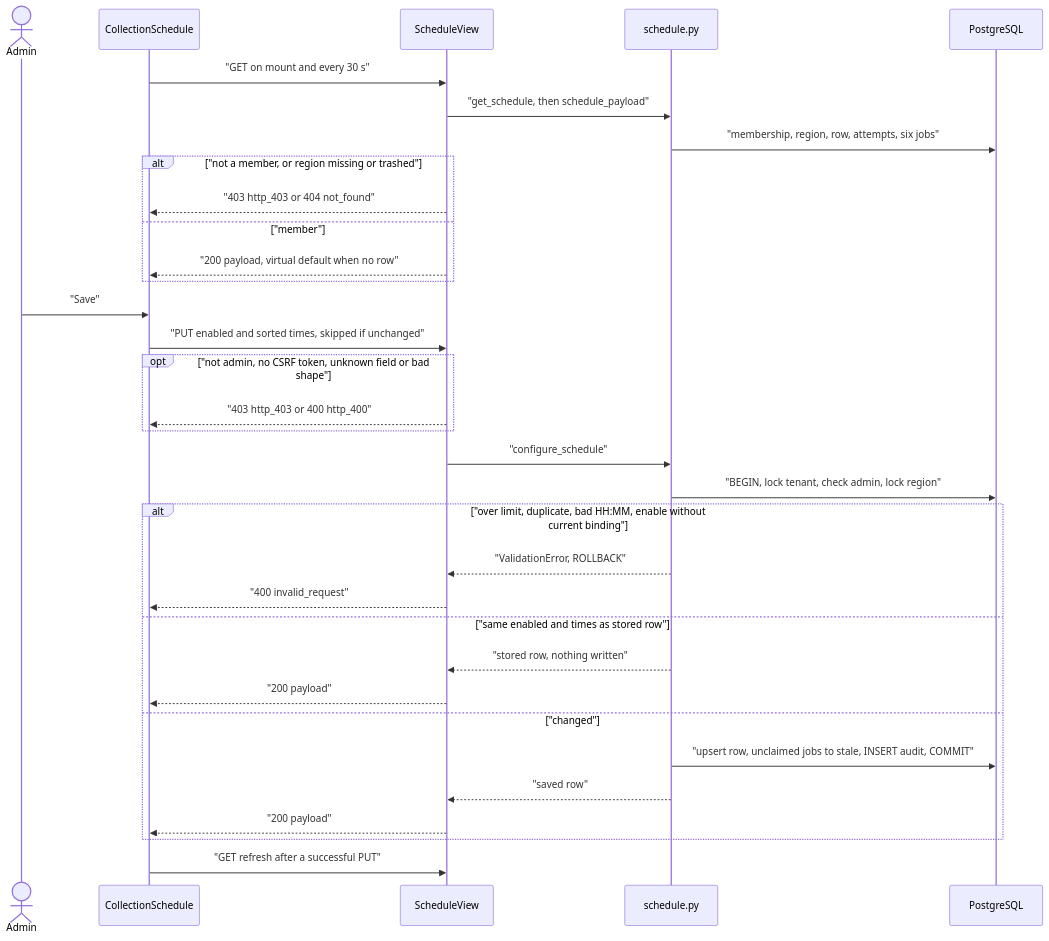
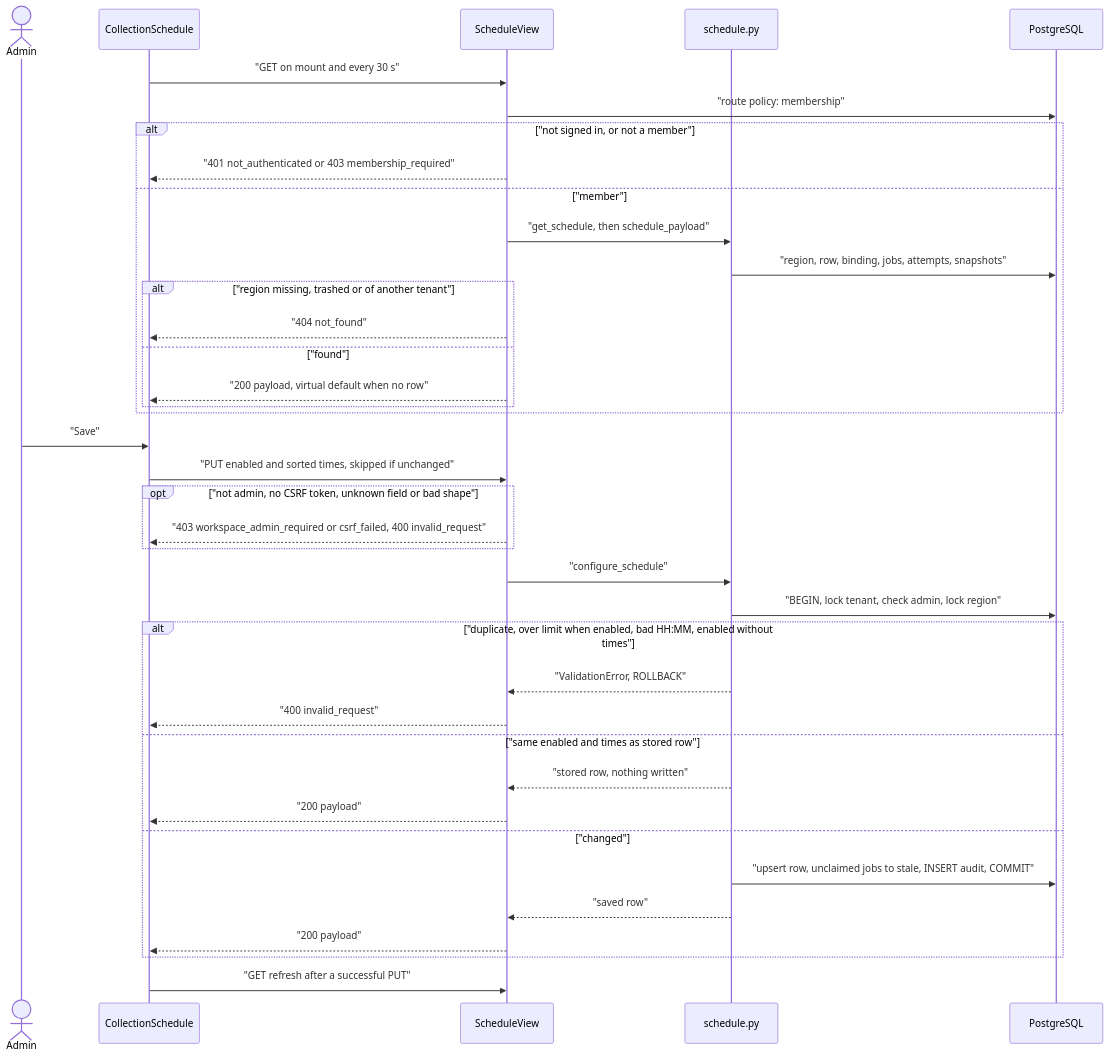
Before and after one commit to erkurtharun/pyracast: the diagram in docs/flows/collection-schedule.md, drawn with Mermaid. The commit also changed other lines of this file and 85 other files, not shown here.

First line of the commit message:
Bring the flow pages in line with the code (#107)

````diff
--- a/docs/flows/collection-schedule.md
+++ b/docs/flows/collection-schedule.md
@@ -13,35 +13,40 @@
 ```mermaid
 sequenceDiagram
     actor A as Admin
     participant C as CollectionSchedule
     participant V as ScheduleView
     participant O as schedule.py
     participant D as PostgreSQL
     C->>V: "GET on mount and every 30 s"
-    V->>O: "get_schedule, then schedule_payload"
-    O->>D: "membership, region, row, attempts, six jobs"
-    alt "not a member, or region missing or trashed"
-        V-->>C: "403 http_403 or 404 not_found"
+    V->>D: "route policy: membership"
+    alt "not signed in, or not a member"
+        V-->>C: "401 not_authenticated or 403 membership_required"
     else "member"
-        V-->>C: "200 payload, virtual default when no row"
+        V->>O: "get_schedule, then schedule_payload"
+        O->>D: "region, row, binding, jobs, attempts, snapshots"
+        alt "region missing, trashed or of another tenant"
+            V-->>C: "404 not_found"
+        else "found"
+            V-->>C: "200 payload, virtual default when no row"
+        end
     end
     A->>C: "Save"
     C->>V: "PUT enabled and sorted times, skipped if unchanged"
     opt "not admin, no CSRF token, unknown field or bad shape"
-        V-->>C: "403 http_403 or 400 http_400"
+        V-->>C: "403 workspace_admin_required or csrf_failed, 400 invalid_request"
     end
     V->>O: "configure_schedule"
     O->>D: "BEGIN, lock tenant, check admin, lock region"
-    alt "over limit, duplicate, bad HH:MM, enable without current binding"
+    alt "duplicate, over limit when enabled, bad HH:MM, enabled without times"
         O-->>V: "ValidationError, ROLLBACK"
         V-->>C: "400 invalid_request"
     else "same enabled and times as stored row"
         O-->>V: "stored row, nothing written"
         V-->>C: "200 payload"
     else "changed"
         O->>D: "upsert row, unclaimed jobs to stale, INSERT audit, COMMIT"
         O-->>V: "saved row"
         V-->>C: "200 payload"
     end
     C->>V: "GET refresh after a successful PUT"
 ```
````
